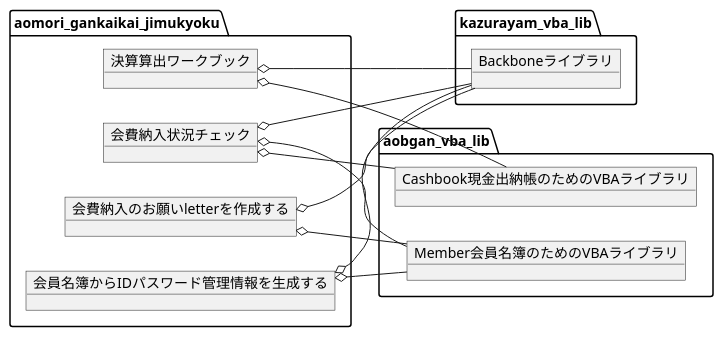
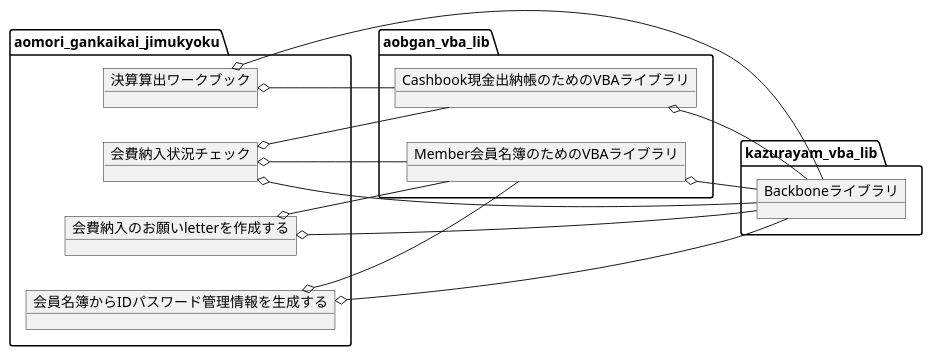
One commit to kazurayam/VBACallGraph changed the diagram in docs/diagrams/src/ExcelFiles.pu. Above: the diagram before and after it, drawn with PlantUML. The commit also changed 2 other files, not shown here.

```diff
--- a/docs/diagrams/src/ExcelFiles.pu
+++ b/docs/diagrams/src/ExcelFiles.pu
@@ -1,29 +1,31 @@
 @startuml 事務局Excelブック関連図
 left to right direction
 
 package kazurayam_vba_lib {
     object Backboneライブラリ
 }
 
 package aomori_gankaikai_jimukyoku {
     object 決算算出ワークブック
     object 会費納入状況チェック
     object 会費納入のお願いletterを作成する
     object 会員名簿からIDパスワード管理情報を生成する
 }
 
 package aobgan_vba_lib {
     object Member会員名簿のためのVBAライブラリ
     object Cashbook現金出納帳のためのVBAライブラリ
 }
 
 決算算出ワークブック o-- Backboneライブラリ
 会費納入状況チェック o-- Backboneライブラリ
 会費納入のお願いletterを作成する o-- Backboneライブラリ
 会員名簿からIDパスワード管理情報を生成する o-- Backboneライブラリ
 決算算出ワークブック o-- Cashbook現金出納帳のためのVBAライブラリ
 会費納入状況チェック o-- Cashbook現金出納帳のためのVBAライブラリ
 会費納入状況チェック o-- Member会員名簿のためのVBAライブラリ
 会費納入のお願いletterを作成する o-- Member会員名簿のためのVBAライブラリ
 会員名簿からIDパスワード管理情報を生成する o-- Member会員名簿のためのVBAライブラリ
+Member会員名簿のためのVBAライブラリ o-- Backboneライブラリ
+Cashbook現金出納帳のためのVBAライブラリ o-- Backboneライブラリ
 @enduml
```
